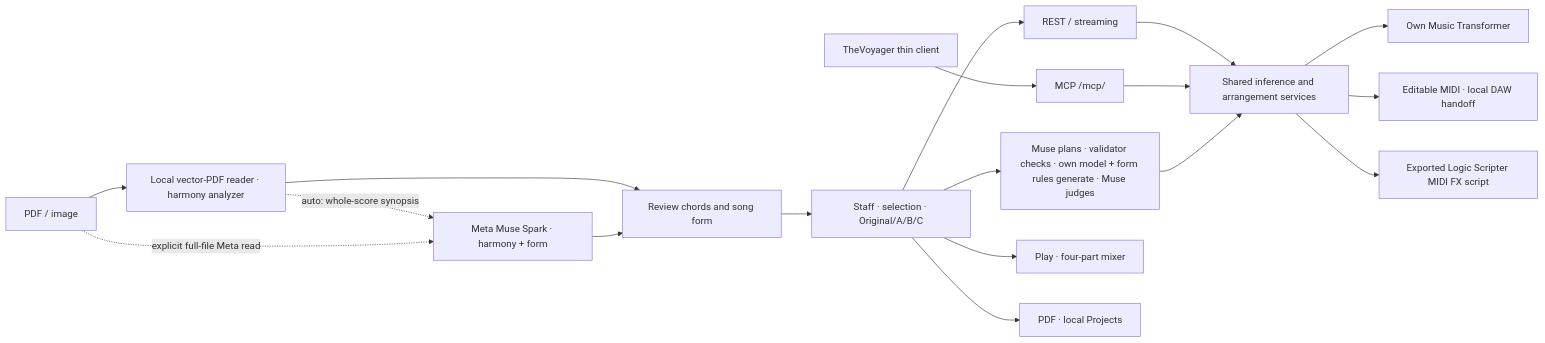
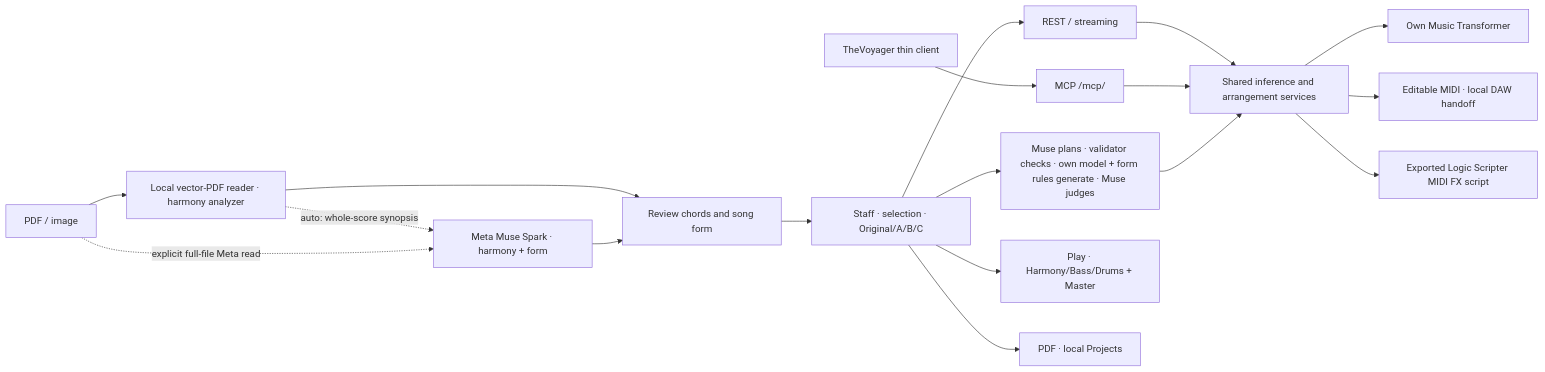
The first of 4 diagrams in README.md (PearlLeeStudio/TheArtist-DAW), drawn with Mermaid before and after one commit. The commit also changed other lines of this file and 15 other files, not shown here.

````diff
--- a/README.md
+++ b/README.md
@@ -312,20 +291,20 @@
 ```mermaid
 flowchart LR
   Score["PDF / image"] --> Local["Local vector-PDF reader · harmony analyzer"]
   Local -. "auto: whole-score synopsis" .-> Meta["Meta Muse Spark · harmony + form"]
   Score -. "explicit full-file Meta read" .-> Meta
   Local --> Review["Review chords and song form"]
   Meta --> Review
   Review --> Editor["Staff · selection · Original/A/B/C"]
   Editor --> Planner["Muse plans · validator checks · own model + form rules generate · Muse judges"]
   Editor --> Rest["REST / streaming"]
   Voyager["TheVoyager thin client"] --> MCP["MCP /mcp/"]
   Rest --> Music["Shared inference and arrangement services"]
   MCP --> Music
   Planner --> Music
   Music --> MT["Own Music Transformer"]
   Music --> MIDI["Editable MIDI · local DAW handoff"]
   Music --> Scripter["Exported Logic Scripter MIDI FX script"]
-  Editor --> Play["Play · four-part mixer"]
+  Editor --> Play["Play · Harmony/Bass/Drums + Master"]
   Editor --> Files["PDF · local Projects"]
 ```
````
